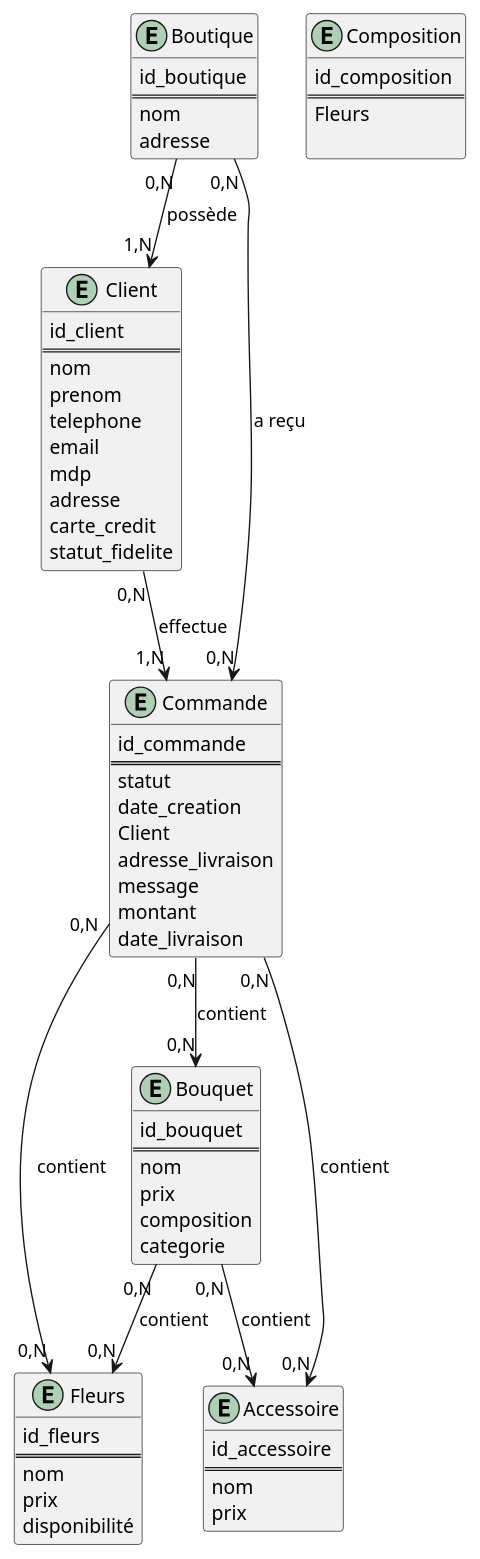
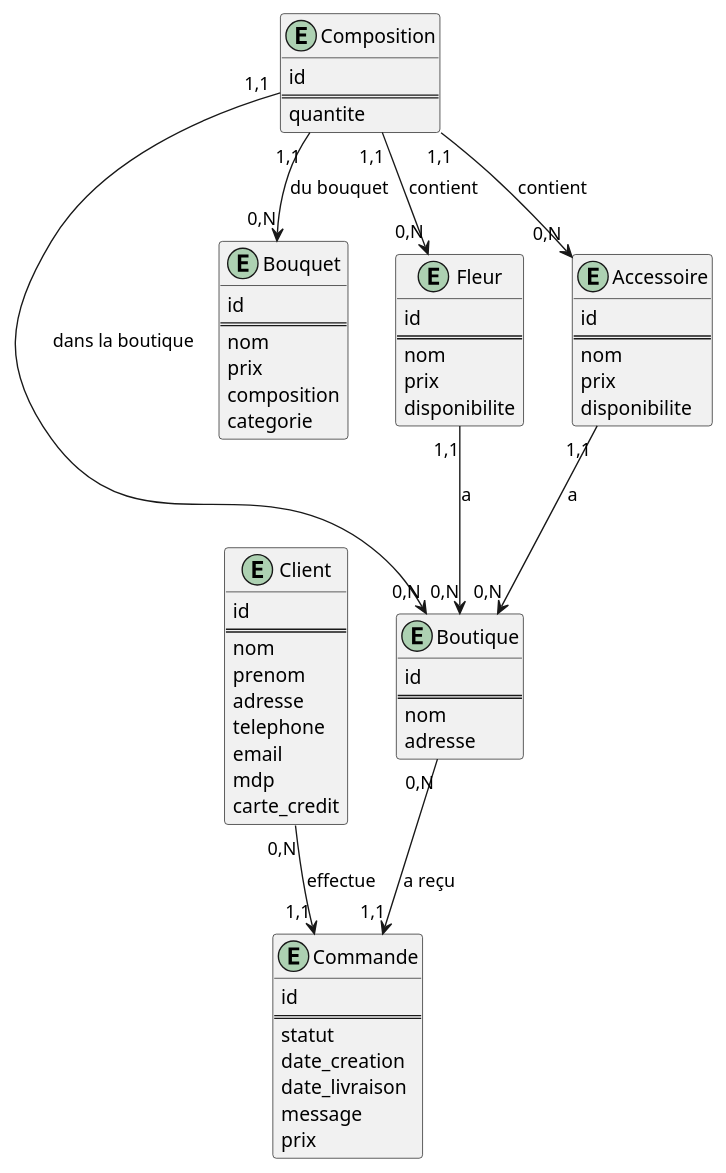
Before and after one commit to MorganKryze/MDD_FlowerStore: the diagram in DiagrammeEA.puml, drawn with PlantUML. The commit also changed 5 other files, not shown here.

```diff
--- a/DiagrammeEA.puml
+++ b/DiagrammeEA.puml
@@ -1,84 +1,81 @@
 @startuml DiagrammeEA
 
 entity Boutique
 {
-    id_boutique 
+    id 
     ==
     nom
     adresse
 }
 
 entity Client
 {
-    id_client
+    id
     ==
     nom
     prenom
+    adresse
     telephone
     email
     mdp
-    adresse
     carte_credit
-    statut_fidelite
 }
 
 entity Commande
 {
-    id_commande
+    id
     ==
     statut
     date_creation
-    Client
-    adresse_livraison
+    date_livraison
     message
-    montant
-    date_livraison
+    prix
 }
 
 entity Bouquet
 {
-    id_bouquet
+    id
     ==
     nom
     prix
     composition
     categorie
 }
 
-entity Fleurs
+entity Fleur
 {
-    id_fleurs
+    id
     ==
     nom
     prix
-    disponibilité
+    disponibilite
 }
 
 entity Accessoire
 {
-    id_accessoire
+    id
     ==
     nom
     prix
+    disponibilite
 }
 
 entity Composition
 {
-    id_composition
+    id
     ==
-    Fleurs
-
+    quantite
 }
 
-Boutique "0,N" --> "1,N" Client : possède
-Client "0,N" --> "1,N" Commande : effectue
-Boutique "0,N" --> "0,N" Commande : a reçu
+Client "0,N" --> "1,1" Commande : effectue
+Boutique "0,N" --> "1,1" Commande : a reçu
 
-Commande "0,N" --> "0,N" Bouquet : contient
-Commande "0,N" --> "0,N" Accessoire : contient
-Commande "0,N" --> "0,N" Fleurs : contient
+Fleur "1,1" --> "0,N" Boutique : a
+Accessoire "1,1" --> "0,N" Boutique : a
 
-Bouquet "0,N" --> "0,N" Fleurs : contient
-Bouquet "0,N" --> "0,N" Accessoire : contient
+Composition "1,1" --> "0,N" Fleur : contient
+Composition "1,1" --> "0,N" Accessoire : contient
+Composition "1,1" --> "0,N" Bouquet : du bouquet
+Composition "1,1" --> "0,N" Boutique : dans la boutique
 
 @enduml
```
